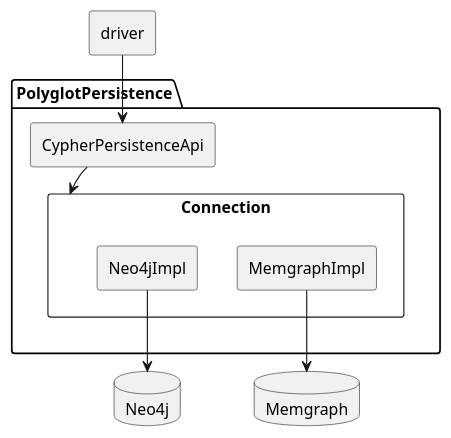
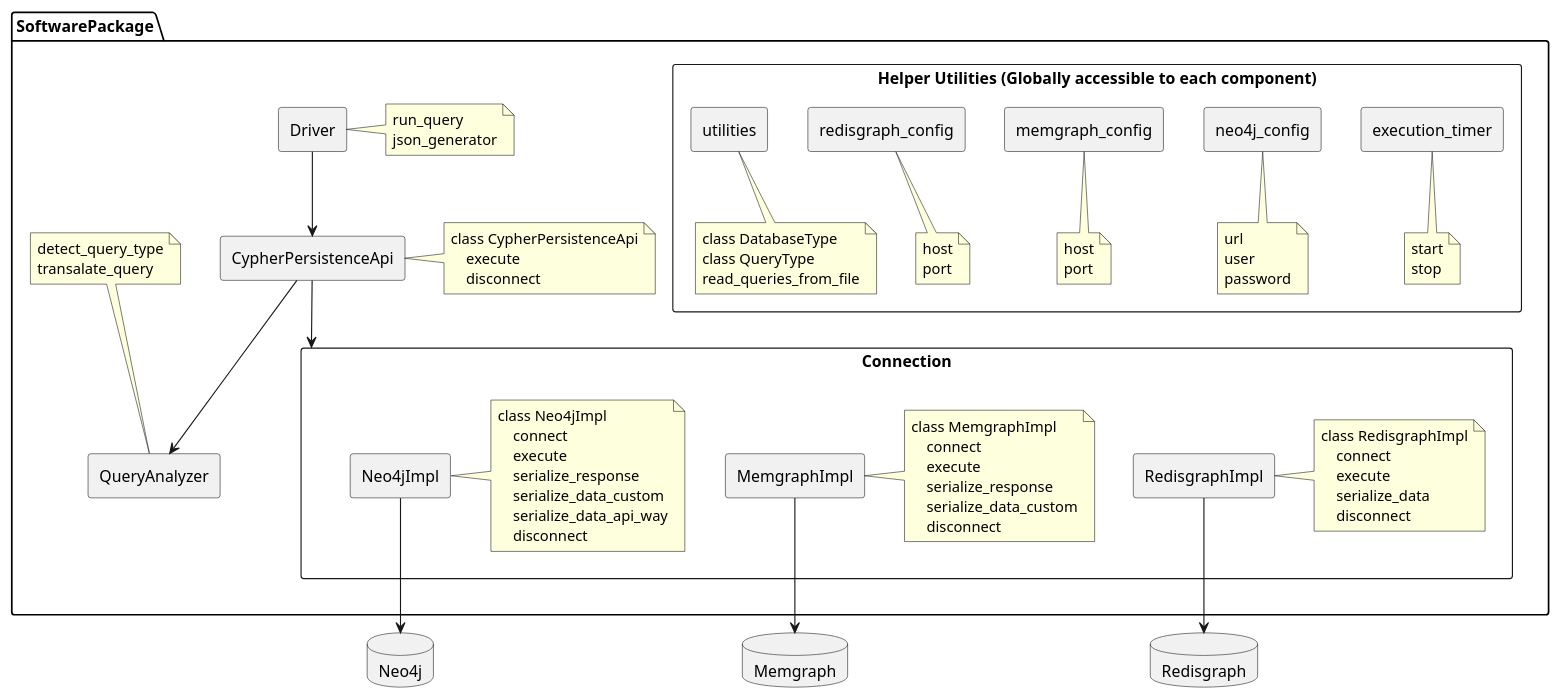
The diagram in src/flow.puml (Raj-Joshi-dev/Uniform-Graph-Query-System), drawn with PlantUML before and after one commit. The commit also changed 29 other files, not shown here.

```diff
--- a/src/flow.puml
+++ b/src/flow.puml
@@ -1,35 +1,112 @@
 @startuml
 skinparam componentStyle rectangle
 
-component driver
 
 
-package "PolyglotPersistence" {
-  component "CypherPersistenceApi" {
+package SoftwarePackage {
+component Driver
+  note right of [Driver]
+    run_query
+    json_generator
+  end note
 
+  component CypherPersistenceApi
+  note right of [CypherPersistenceApi]
+    class CypherPersistenceApi
+        execute
+        disconnect
+  end note
+
+  component "Helper Utilities (Globally accessible to each component)" {
+    component execution_timer
+    note bottom of [execution_timer]
+        start
+        stop
+    end note
+
+    component neo4j_config
+    component memgraph_config
+    component redisgraph_config
+    component utilities
+
+    note bottom of [utilities]
+        class DatabaseType
+        class QueryType
+        read_queries_from_file
+    end note
+
+    note bottom of [neo4j_config]
+        url
+        user
+        password
+    end note
+
+    note bottom of [memgraph_config]
+        host
+        port
+    end note
+
+    note bottom of [redisgraph_config]
+        host
+        port
+    end note
   }
+
+  component QueryAnalyzer
+  note top of [QueryAnalyzer]
+    detect_query_type
+    transalate_query
+  end note
+
+
   component Connection {
-      component Neo4jImpl {
-      }
-      component MemgraphImpl {
-      }
+      component Neo4jImpl
+      component MemgraphImpl
+      component RedisgraphImpl
+
+      note right of [Neo4jImpl]
+        class Neo4jImpl
+            connect
+            execute
+            serialize_response
+            serialize_data_custom
+            serialize_data_api_way
+            disconnect
+      end note
+      note right of [MemgraphImpl]
+        class MemgraphImpl
+            connect
+            execute
+            serialize_response
+            serialize_data_custom
+            disconnect
+      end note
+      note right of [RedisgraphImpl]
+        class RedisgraphImpl
+            connect
+            execute
+            serialize_data
+            disconnect
+      end note
   }
 }
-
 
 database "Neo4j" {
 }
 
-
-
 database "Memgraph" {
 }
 
+database "Redisgraph" {
+}
 
-driver --> CypherPersistenceApi
+Driver --> CypherPersistenceApi
 CypherPersistenceApi --> Connection
+CypherPersistenceApi --> QueryAnalyzer
 Neo4jImpl --> Neo4j
 MemgraphImpl --> Memgraph
+RedisgraphImpl --> Redisgraph
+
 '[Folder 3] --> [Frame 4]
 
 @enduml
```
